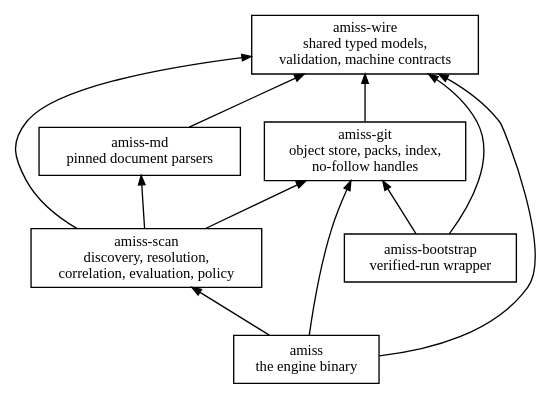
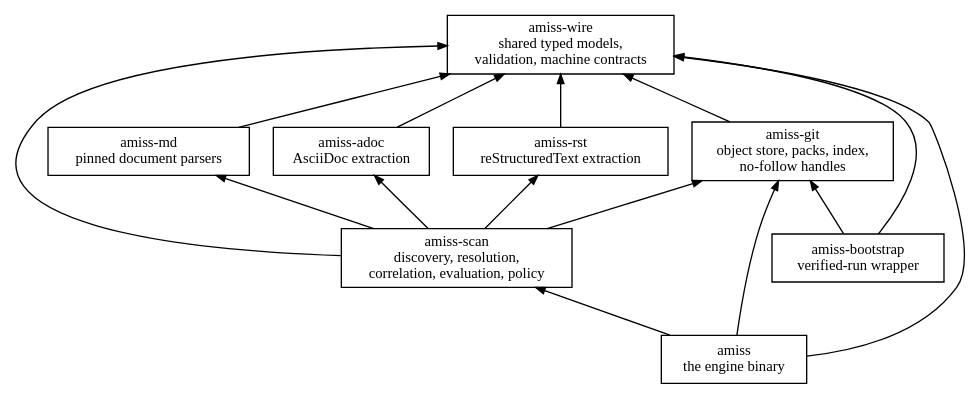
The first of 2 diagrams in docs/src/architecture.md (HardMax71/amiss), drawn with Graphviz before and after one commit. The commit also changed other lines of this file and 11 other files, not shown here.

````diff
--- a/docs/src/architecture.md
+++ b/docs/src/architecture.md
@@ -7,23 +7,29 @@
 ```dot process
 digraph amiss {
   rankdir = BT;
   node [shape = box, fontname = "Latin Modern, Georgia, serif", fontsize = 11];
   edge [arrowsize = 0.7];
   wire  [label = "amiss-wire\nshared typed models,\nvalidation, machine contracts"];
   git   [label = "amiss-git\nobject store, packs, index,\nno-follow handles"];
   md    [label = "amiss-md\npinned document parsers"];
+  adoc  [label = "amiss-adoc\nAsciiDoc extraction"];
+  rst   [label = "amiss-rst\nreStructuredText extraction"];
   scan  [label = "amiss-scan\ndiscovery, resolution,\ncorrelation, evaluation, policy"];
   cli   [label = "amiss\nthe engine binary"];
   boot  [label = "amiss-bootstrap\nverified-run wrapper"];
   git -> wire;
   md -> wire;
+  adoc -> wire;
+  rst -> wire;
   scan -> git;
   scan -> md;
+  scan -> adoc;
+  scan -> rst;
   scan -> wire;
   cli -> scan;
   cli -> git;
   cli -> wire;
   boot -> git;
   boot -> wire;
 }
 ```
````
